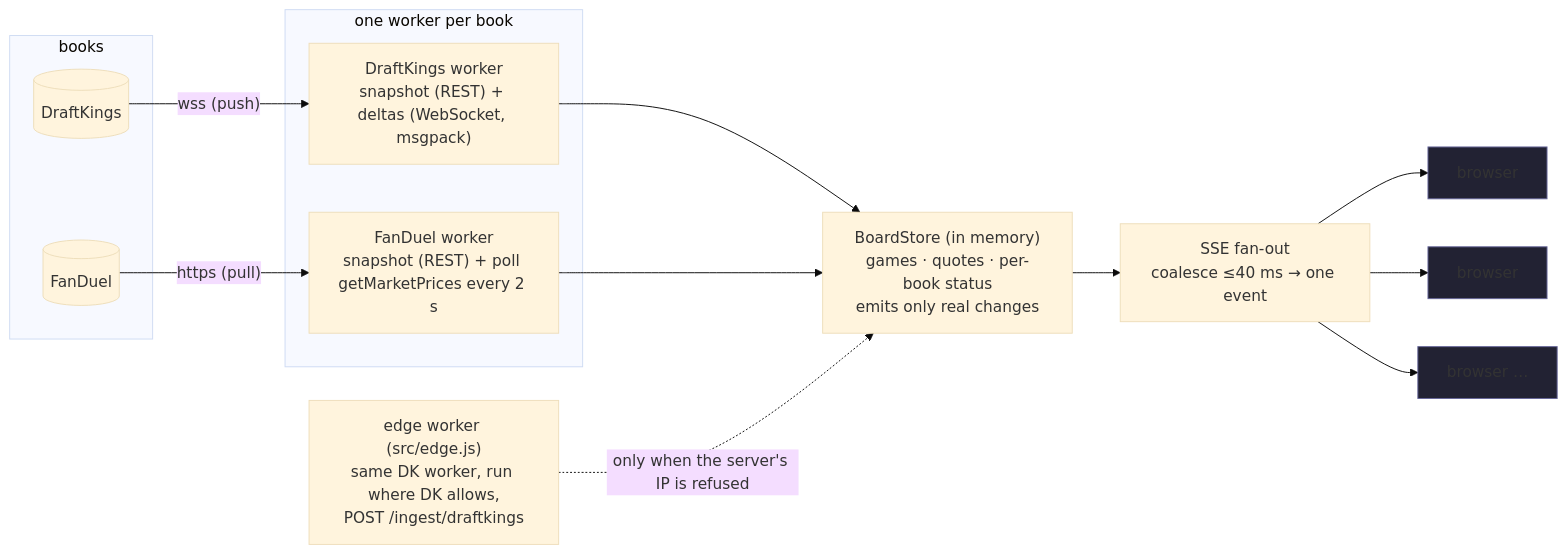
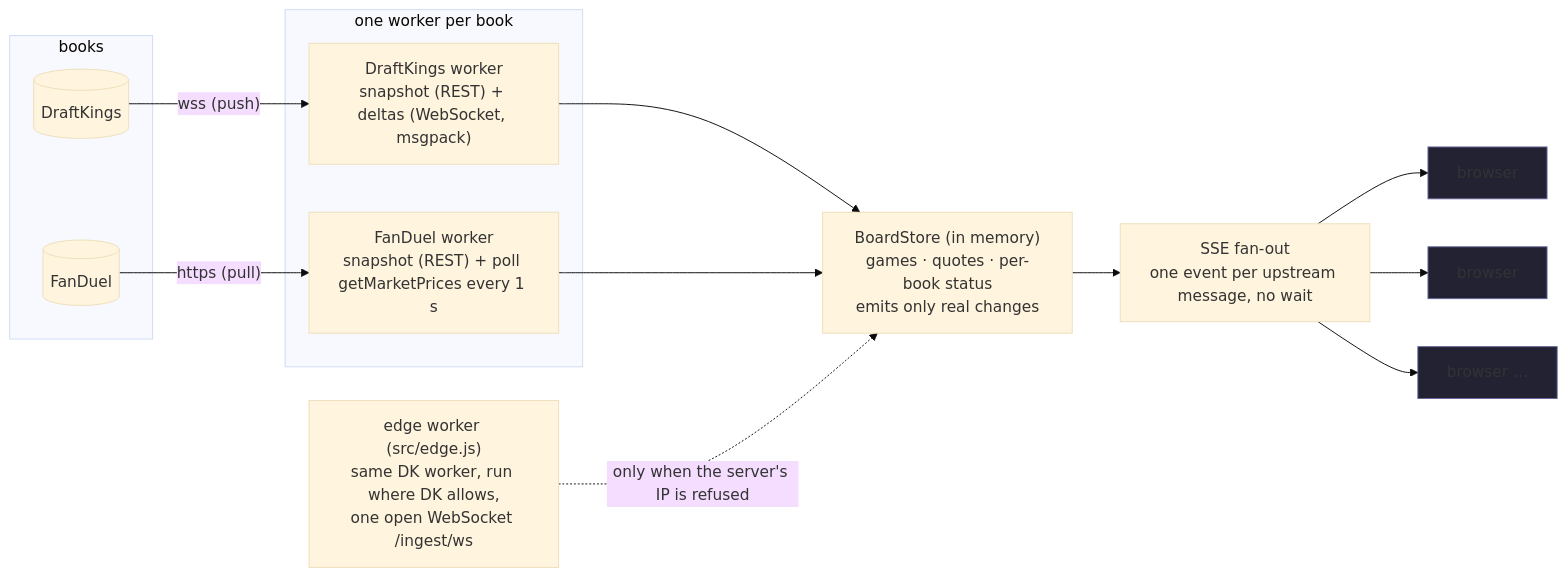
One commit to youngbizman/nfl-odds-board changed the diagram in README.md. Above: the diagram before and after it, drawn with Mermaid (base theme). The commit also changed other lines of this file and 2 other files, not shown here.

````diff
--- a/README.md
+++ b/README.md
@@ -46,24 +46,24 @@
 ```mermaid
 flowchart LR
   subgraph books
     DK[(DraftKings)]
     FD[(FanDuel)]
   end
   subgraph ingestion["one worker per book"]
     DKW["DraftKings worker<br/>snapshot (REST) + deltas (WebSocket, msgpack)"]
-    FDW["FanDuel worker<br/>snapshot (REST) + poll getMarketPrices every 2 s"]
+    FDW["FanDuel worker<br/>snapshot (REST) + poll getMarketPrices every 1 s"]
   end
   STORE["BoardStore (in memory)<br/>games · quotes · per-book status<br/>emits only real changes"]
-  SSE["SSE fan-out<br/>coalesce ≤40 ms → one event"]
+  SSE["SSE fan-out<br/>one event per upstream message, no wait"]
   B1[browser]:::b
   B2[browser]:::b
   B3[browser …]:::b
   DK -- "wss (push)" --> DKW
   FD -- "https (pull)" --> FDW
   DKW --> STORE
   FDW --> STORE
   STORE --> SSE
   SSE --> B1 & B2 & B3
-  EDGE["edge worker (src/edge.js)<br/>same DK worker, run where DK allows,<br/>POST /ingest/draftkings"] -. "only when the server's IP is refused" .-> STORE
+  EDGE["edge worker (src/edge.js)<br/>same DK worker, run where DK allows,<br/>one open WebSocket /ingest/ws"] -. "only when the server's IP is refused" .-> STORE
   classDef b fill:#223,stroke:#669
 ```
````
